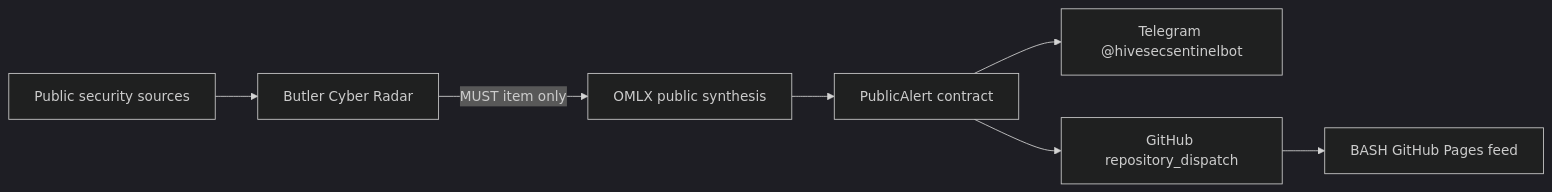
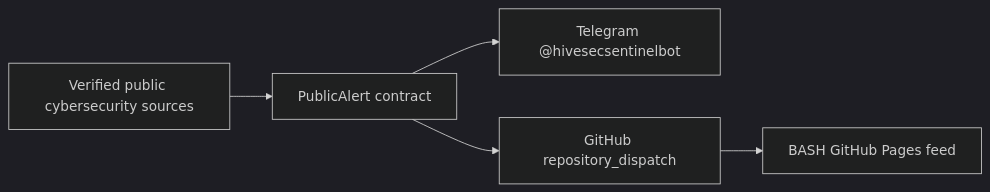
The diagram in docs/ARCHITECTURE.md (bashhive/sentinel), drawn with Mermaid (dark theme) before and after one commit. The commit also changed other lines of this file and 14 other files, not shown here.

````diff
--- a/docs/ARCHITECTURE.md
+++ b/docs/ARCHITECTURE.md
@@ -3,9 +3,7 @@
 ```mermaid
 flowchart LR
-    S["Public security sources"] --> B["Butler Cyber Radar"]
-    B -->|"MUST item only"| G["OMLX public synthesis"]
-    G --> A["PublicAlert contract"]
+    S["Verified public cybersecurity sources"] --> A["PublicAlert contract"]
     A --> T["Telegram @hivesecsentinelbot"]
     A --> R["GitHub repository_dispatch"]
     R --> P["BASH GitHub Pages feed"]
 ```
````
